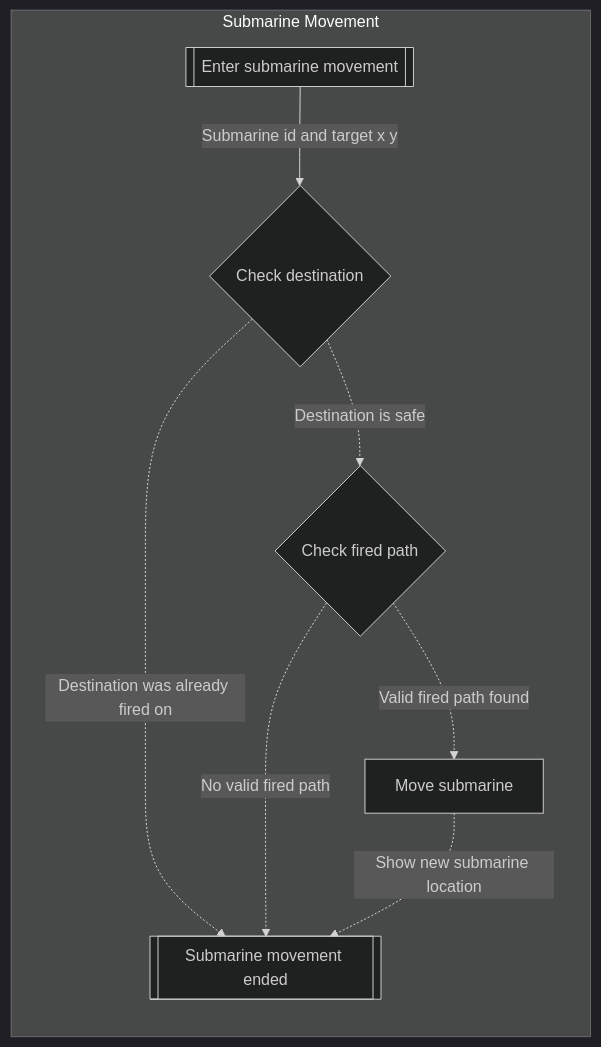
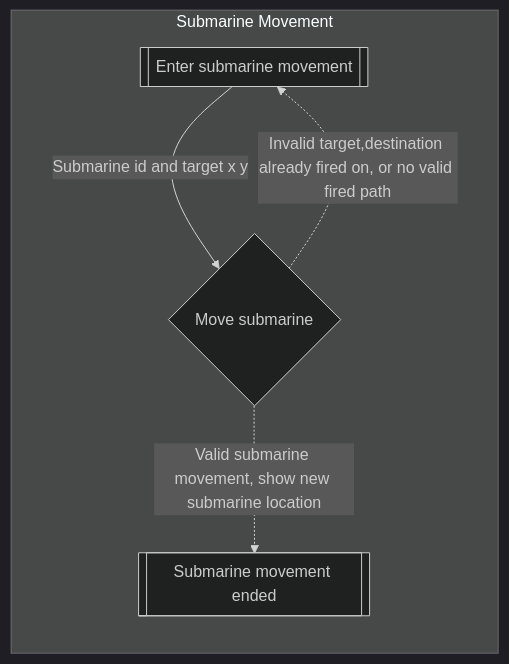
The fifth of 6 diagrams in README.md (ThienTang923/COMP-2450-Battleship), drawn with Mermaid (dark theme) before and after one commit. The commit also changed other lines of this file, not shown here.

Commit message:
update some change for phase 4 and work on flow chart of phase 3

````diff
--- a/README.md
+++ b/README.md
@@ -131,23 +234,18 @@
 ```mermaid
 flowchart
 subgraph Submarine Movement
     direction TB
+
     getTarget[[Enter submarine movement]]
-    
-    checkDestination{Check destination}
-    checkPath{Check fired path}
-    moveSubmarine[Move submarine]
-    
-    endMove[[Submarine movement ended]]
-    
-    getTarget -- Submarine id and target x y --> checkDestination
-    
-    checkDestination -. Destination was already fired on .-> endMove
-    checkDestination -. Destination is safe .-> checkPath
-    
-    checkPath -. No valid fired path .-> endMove
-    checkPath -. Valid fired path found .-> moveSubmarine
-    
-    moveSubmarine -. Show new submarine location .-> endMove
+
+    moveSubmarine{Move submarine}
+
+    movementEnded[[Submarine movement ended]]
+
+    getTarget -- Submarine id and target x y --> moveSubmarine
+
+    moveSubmarine -. Invalid target,destination already fired on, or no valid fired path .-> getTarget
+
+    moveSubmarine -. Valid submarine movement, show new submarine location .-> movementEnded
 end
 ```
````
